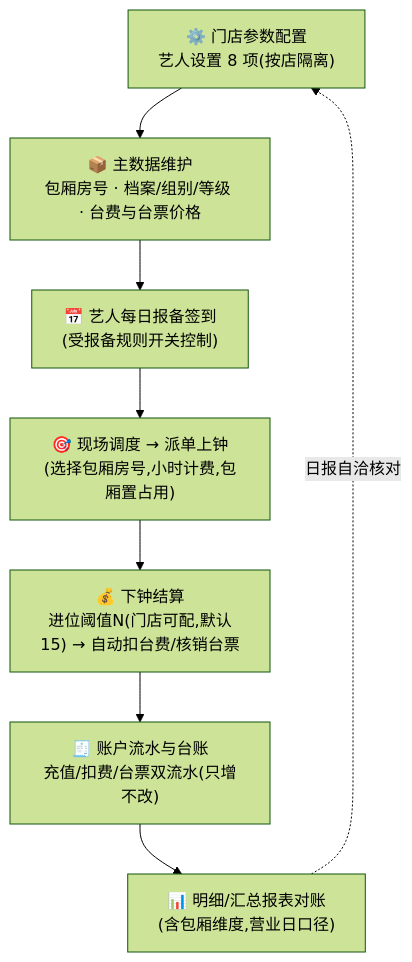
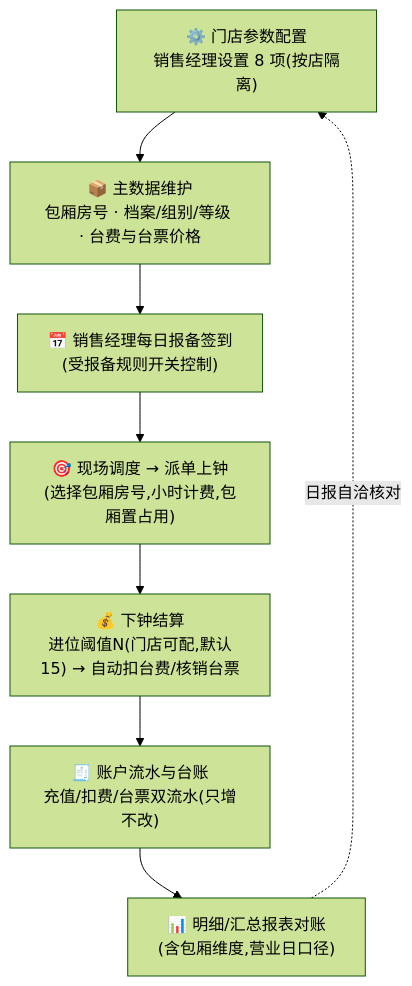
One commit to YYC-Cube/YYC3-LeisureManage changed the first of 3 diagrams in docs/YYC3-LeisureManage-可视化交互体系设计.md. Above: the diagram before and after it, drawn with Mermaid (forest theme). The commit also changed other lines of this file and 113 other files, not shown here.

````diff
--- a/docs/YYC3-LeisureManage-可视化交互体系设计.md
+++ b/docs/YYC3-LeisureManage-可视化交互体系设计.md
@@ -88,10 +88,10 @@
 ```mermaid
 flowchart TB
-    S["⚙️ 门店参数配置<br/>艺人设置 8 项(按店隔离)"] --> M["📦 主数据维护<br/>包厢房号 · 档案/组别/等级 · 台费与台票价格"]
-    M --> C["📅 艺人每日报备签到<br/>(受报备规则开关控制)"]
+    S["⚙️ 门店参数配置<br/>销售经理设置 8 项(按店隔离)"] --> M["📦 主数据维护<br/>包厢房号 · 档案/组别/等级 · 台费与台票价格"]
+    M --> C["📅 销售经理每日报备签到<br/>(受报备规则开关控制)"]
     C --> D["🎯 现场调度 → 派单上钟<br/>(选择包厢房号,小时计费,包厢置占用)"]
     D --> E["💰 下钟结算<br/>进位阈值N(门店可配,默认15) → 自动扣台费/核销台票"]
     E --> F["🧾 账户流水与台账<br/>充值/扣费/台票双流水(只增不改)"]
     F --> R["📊 明细/汇总报表对账<br/>(含包厢维度,营业日口径)"]
     R -.日报自洽核对.-> S
 ```
````
